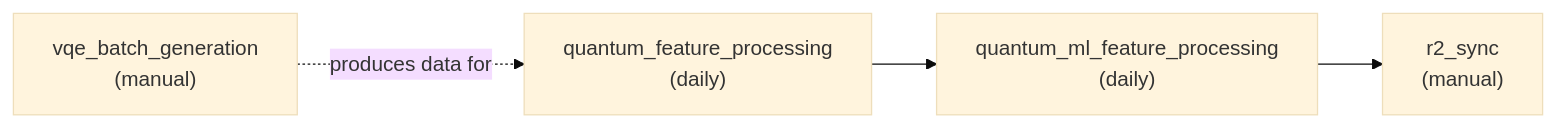
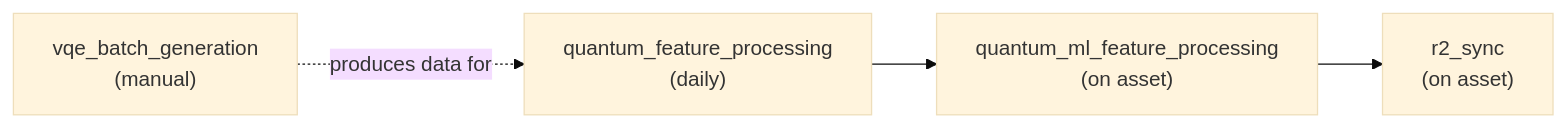
Before and after one commit to straightchlorine/quantum-pipeline: the first of 4 diagrams in docs/data-platform/airflow-orchestration.md, drawn with Mermaid (base theme). The commit also changed other lines of this file and 64 other files, not shown here.

````diff
--- a/docs/data-platform/airflow-orchestration.md
+++ b/docs/data-platform/airflow-orchestration.md
@@ -138,6 +154,6 @@
 ```mermaid
 graph LR
-    A["quantum_feature_processing<br/>(daily)"] --> B["quantum_ml_feature_processing<br/>(daily)"]
-    B --> C["r2_sync<br/>(manual)"]
+    A["quantum_feature_processing<br/>(daily)"] --> B["quantum_ml_feature_processing<br/>(on asset)"]
+    B --> C["r2_sync<br/>(on asset)"]
     D["vqe_batch_generation<br/>(manual)"] -.->|"produces data for"| A
 ```
````
